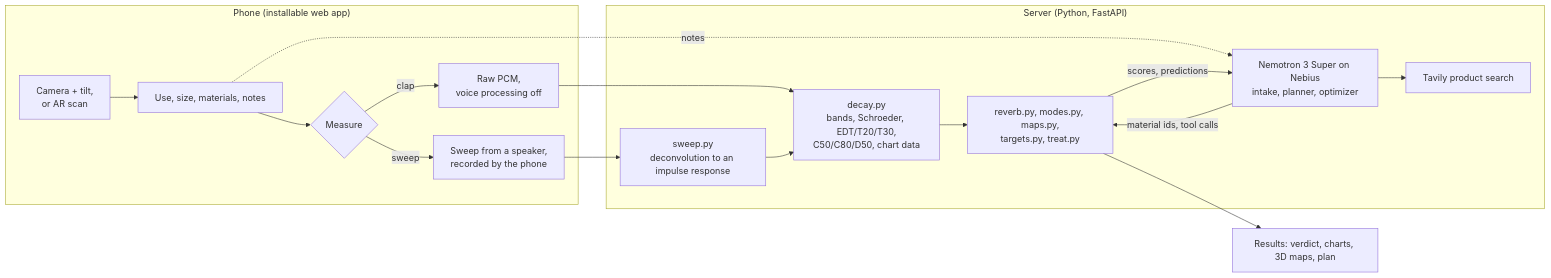
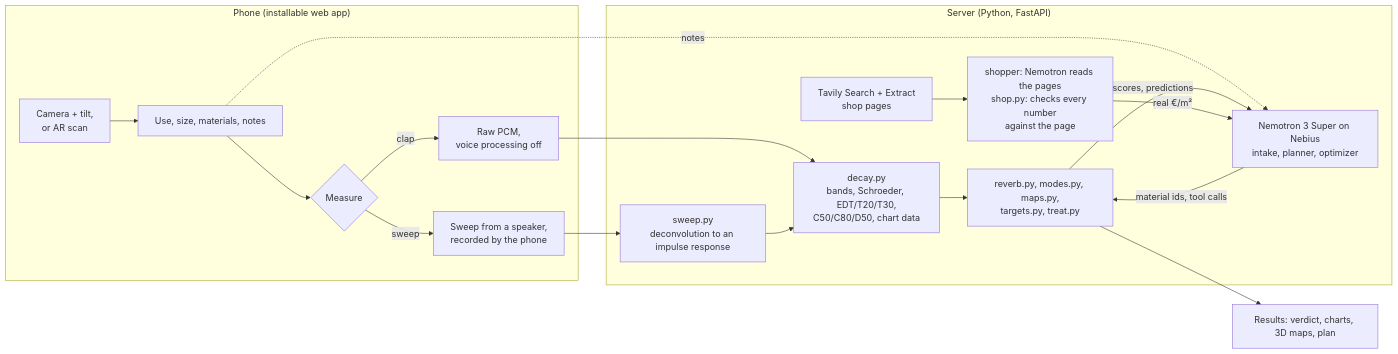
The diagram in README.md (lluisestape-upc/Clapback), drawn with Mermaid before and after one commit. The commit also changed other lines of this file and 13 other files, not shown here.

First line of the commit message:
Price the plan with real products found by Tavily and checked by the engine

````diff
--- a/README.md
+++ b/README.md
@@ -205,24 +215,25 @@
 ```mermaid
 flowchart LR
   subgraph Phone["Phone (installable web app)"]
     S[Camera + tilt,<br>or AR scan] --> A[Use, size, materials, notes]
     A --> B{Measure}
     B -->|clap| C[Raw PCM,<br>voice processing off]
     B -->|sweep| D[Sweep from a speaker,<br>recorded by the phone]
   end
   subgraph Server["Server (Python, FastAPI)"]
     E[sweep.py<br>deconvolution to an impulse response]
     F[decay.py<br>bands, Schroeder, EDT/T20/T30,<br>C50/C80/D50, chart data]
     G[reverb.py, modes.py, maps.py,<br>targets.py, treat.py]
     H[Nemotron 3 Super on Nebius<br>intake, planner, optimizer]
-    T[Tavily product search]
+    T[Tavily Search + Extract<br>shop pages]
+    P[shopper: Nemotron reads the pages<br>shop.py: checks every number<br>against the page]
   end
   C --> F
   D --> E --> F
   F --> G
   A -. notes .-> H
   H -- material ids, tool calls --> G
   G -- scores, predictions --> H
-  H --> T
+  T --> P -- real €/m² --> H
   G --> R[Results: verdict, charts, 3D maps, plan]
 ```
````
